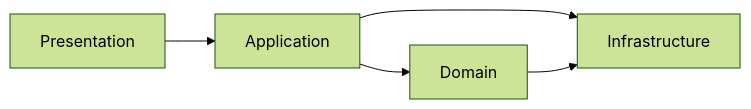
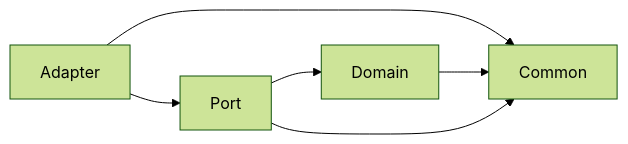
Before and after one commit to LemonAppDev/konsist: the diagram in lib/src/apiTest/kotlin/com/lemonappdev/konsist/architecture/assertarchitecture/architecture7/README.md, drawn with Mermaid. The commit also changed other lines of this file and 23 other files, not shown here.

````diff
--- a/lib/src/apiTest/kotlin/com/lemonappdev/konsist/architecture/assertarchitecture/architecture7/README.md
+++ b/lib/src/apiTest/kotlin/com/lemonappdev/konsist/architecture/assertarchitecture/architecture7/README.md
@@ -7,7 +6,8 @@
 ```mermaid
 %%{init: {'theme': 'forest'}}%%
 flowchart LR
-    Presentation --> Application
-    Application & Domain --> Infrastructure
-    Application --> Domain
+    Domain --> Common
+    Adapter --> Common
+    Port --> Domain & Common
+    Adapter --> Port
 ```
````
